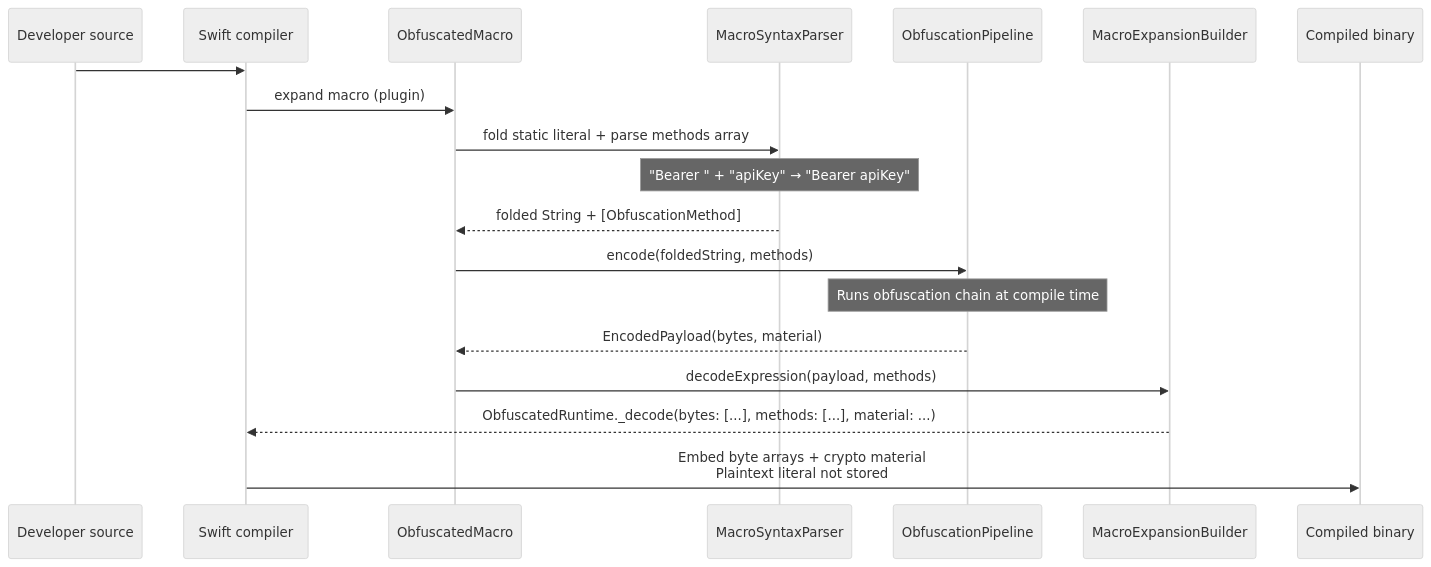
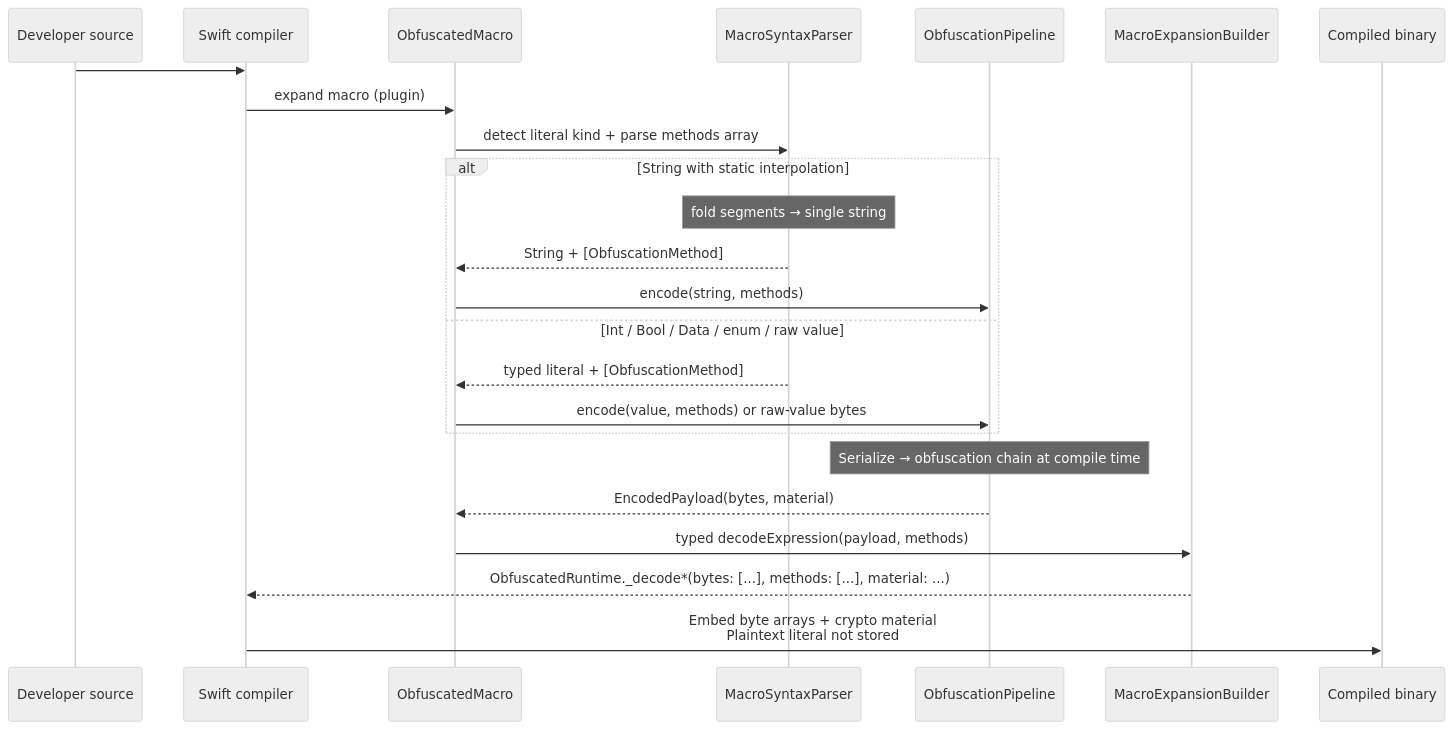
Before and after one commit to tomisacat/Obfuscated: the second of 8 diagrams in docs/ARCHITECTURE.md, drawn with Mermaid (neutral theme). The commit also changed other lines of this file and 17 other files, not shown here.

First line of the commit message:
Add typed value obfuscation for 2.1.0.

````diff
--- a/docs/ARCHITECTURE.md
+++ b/docs/ARCHITECTURE.md
@@ -67,22 +68,27 @@
 ```mermaid
 sequenceDiagram
     participant Dev as Developer source
     participant Compiler as Swift compiler
     participant Macro as ObfuscatedMacro
     participant Parser as MacroSyntaxParser
     participant Pipeline as ObfuscationPipeline
     participant Builder as MacroExpansionBuilder
     participant Binary as Compiled binary
 
-    Dev->>Compiler: #Obfuscated("Bearer \("apiKey")", methods: [.xor(0x5A), .aesGCM(...)])
+    Dev->>Compiler: #Obfuscated(literal, methods: [...])
     Compiler->>Macro: expand macro (plugin)
-    Macro->>Parser: fold static literal + parse methods array
-    Note over Parser: "Bearer " + "apiKey" → "Bearer apiKey"
-    Parser-->>Macro: folded String + [ObfuscationMethod]
-    Macro->>Pipeline: encode(foldedString, methods)
-    Note over Pipeline: Runs obfuscation chain at compile time
+    Macro->>Parser: detect literal kind + parse methods array
+    alt String with static interpolation
+        Note over Parser: fold segments → single string
+        Parser-->>Macro: String + [ObfuscationMethod]
+        Macro->>Pipeline: encode(string, methods)
+    else Int / Bool / Data / enum / raw value
+        Parser-->>Macro: typed literal + [ObfuscationMethod]
+        Macro->>Pipeline: encode(value, methods) or raw-value bytes
+    end
+    Note over Pipeline: Serialize → obfuscation chain at compile time
     Pipeline-->>Macro: EncodedPayload(bytes, material)
-    Macro->>Builder: decodeExpression(payload, methods)
-    Builder-->>Compiler: ObfuscatedRuntime._decode(bytes: [...], methods: [...], material: ...)
+    Macro->>Builder: typed decodeExpression(payload, methods)
+    Builder-->>Compiler: ObfuscatedRuntime._decode*(bytes: [...], methods: [...], material: ...)
     Compiler->>Binary: Embed byte arrays + crypto material<br/>Plaintext literal not stored
 ```
````
